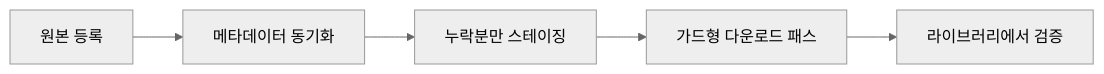
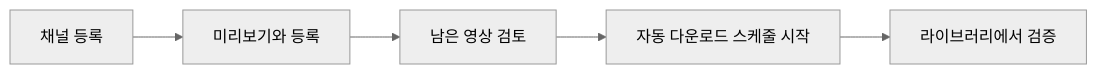
One commit to hyeonsangjeon/channel-vault-nas changed the diagram in docs/usage/index.ko.md. Above: the diagram before and after it, drawn with Mermaid (neutral theme). The commit also changed other lines of this file and 28 other files, not shown here.

````diff
--- a/docs/usage/index.ko.md
+++ b/docs/usage/index.ko.md
@@ -6,7 +6,7 @@
 ```mermaid
 flowchart LR
-  A[원본 등록] --> B[메타데이터 동기화]
-  B --> C[누락분만 스테이징]
-  C --> D[가드형 다운로드 패스]
+  A[채널 등록] --> B[미리보기와 등록]
+  B --> C[남은 영상 검토]
+  C --> D[자동 다운로드 스케줄 시작]
   D --> E[라이브러리에서 검증]
 ```
````
